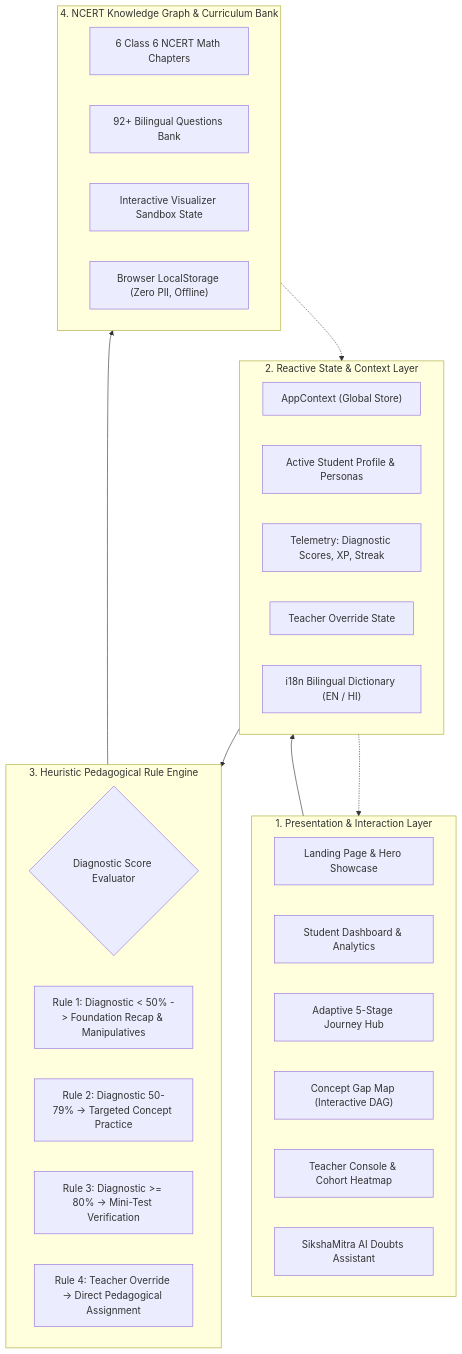
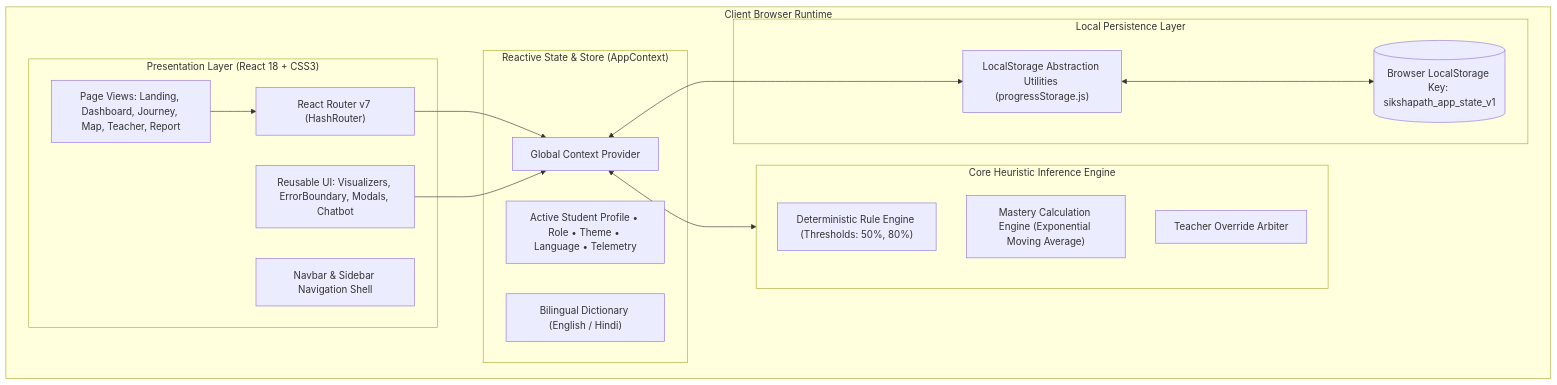
The second of 3 diagrams in README.md (vanshikayadav6153-ai/sikshaPath), drawn with Mermaid before and after one commit. The commit also changed other lines of this file, not shown here.

````diff
--- a/README.md
+++ b/README.md
@@ -102,40 +335,35 @@
 ```mermaid
 flowchart TD
-    subgraph UI_Layer["1. Presentation & Interaction Layer"]
-        A["Landing Page & Hero Showcase"]
-        B["Student Dashboard & Analytics"]
-        C["Adaptive 5-Stage Journey Hub"]
-        D["Concept Gap Map (Interactive DAG)"]
-        E["Teacher Console & Cohort Heatmap"]
-        F["SikshaMitra AI Doubts Assistant"]
+    subgraph Client_Browser["Client Browser Runtime"]
+        subgraph Presentation_Layer["Presentation Layer (React 18 + CSS3)"]
+            Nav["Navbar & Sidebar Navigation Shell"]
+            Router["React Router v7 (HashRouter)"]
+            Pages["Page Views: Landing, Dashboard, Journey, Map, Teacher, Report"]
+            Components["Reusable UI: Visualizers, ErrorBoundary, Modals, Chatbot"]
+        end
+
+        subgraph State_Layer["Reactive State & Store (AppContext)"]
+            GlobalContext["Global Context Provider"]
+            StateItems["Active Student Profile • Role • Theme • Language • Telemetry"]
+            i18n["Bilingual Dictionary (English / Hindi)"]
+        end
+
+        subgraph Engine_Layer["Core Heuristic Inference Engine"]
+            Rules["Deterministic Rule Engine (Thresholds: 50%, 80%)"]
+            EMA["Mastery Calculation Engine (Exponential Moving Average)"]
+            Arbiter["Teacher Override Arbiter"]
+        end
+
+        subgraph Persistence_Layer["Local Persistence Layer"]
+            StorageUtils["LocalStorage Abstraction Utilities (progressStorage.js)"]
+            BrowserStorage[("Browser LocalStorage Key: sikshapath_app_state_v1")]
+        end
     end
 
-    subgraph State_Layer["2. Reactive State & Context Layer"]
-        G["AppContext (Global Store)"]
-        H["Active Student Profile & Personas"]
-        I["Telemetry: Diagnostic Scores, XP, Streak"]
-        J["Teacher Override State"]
-        K["i18n Bilingual Dictionary (EN / HI)"]
-    end
-
-    subgraph Engine_Layer["3. Heuristic Pedagogical Rule Engine"]
-        L{"Diagnostic Score Evaluator"}
-        M["Rule 1: Diagnostic < 50% -> Foundation Recap & Manipulatives"]
-        N["Rule 2: Diagnostic 50-79% -> Targeted Concept Practice"]
-        O["Rule 3: Diagnostic >= 80% -> Mini-Test Verification"]
-        P["Rule 4: Teacher Override -> Direct Pedagogical Assignment"]
-    end
-
-    subgraph Data_Layer["4. NCERT Knowledge Graph & Curriculum Bank"]
-        Q["6 Class 6 NCERT Math Chapters"]
-        R["92+ Bilingual Questions Bank"]
-        S["Interactive Visualizer Sandbox State"]
-        T["Browser LocalStorage (Zero PII, Offline)"]
-    end
-
-    UI_Layer --> State_Layer
-    State_Layer --> Engine_Layer
-    Engine_Layer --> Data_Layer
-    Data_Layer -.-> State_Layer
-    State_Layer -.-> UI_Layer
+    Pages --> Router
+    Router --> GlobalContext
+    Components --> GlobalContext
+    GlobalContext <--> Engine_Layer
+    GlobalContext <--> StorageUtils
+    StorageUtils <--> BrowserStorage
 ```
````
